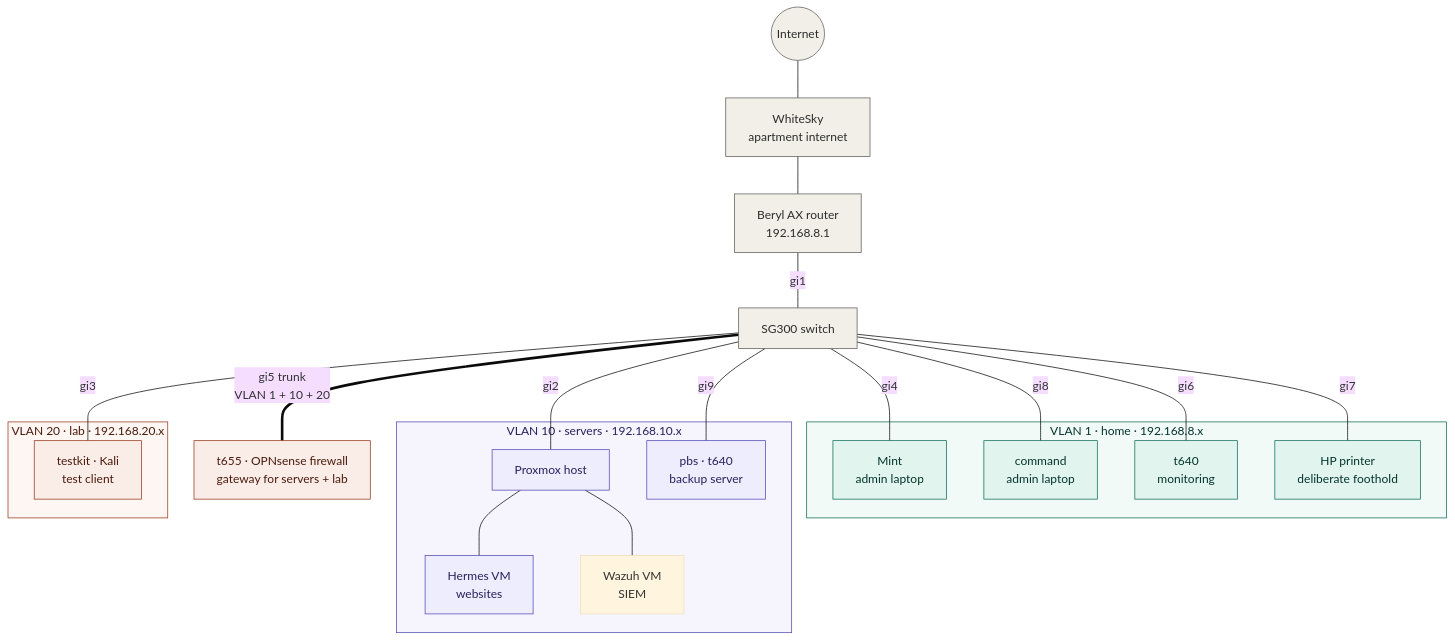
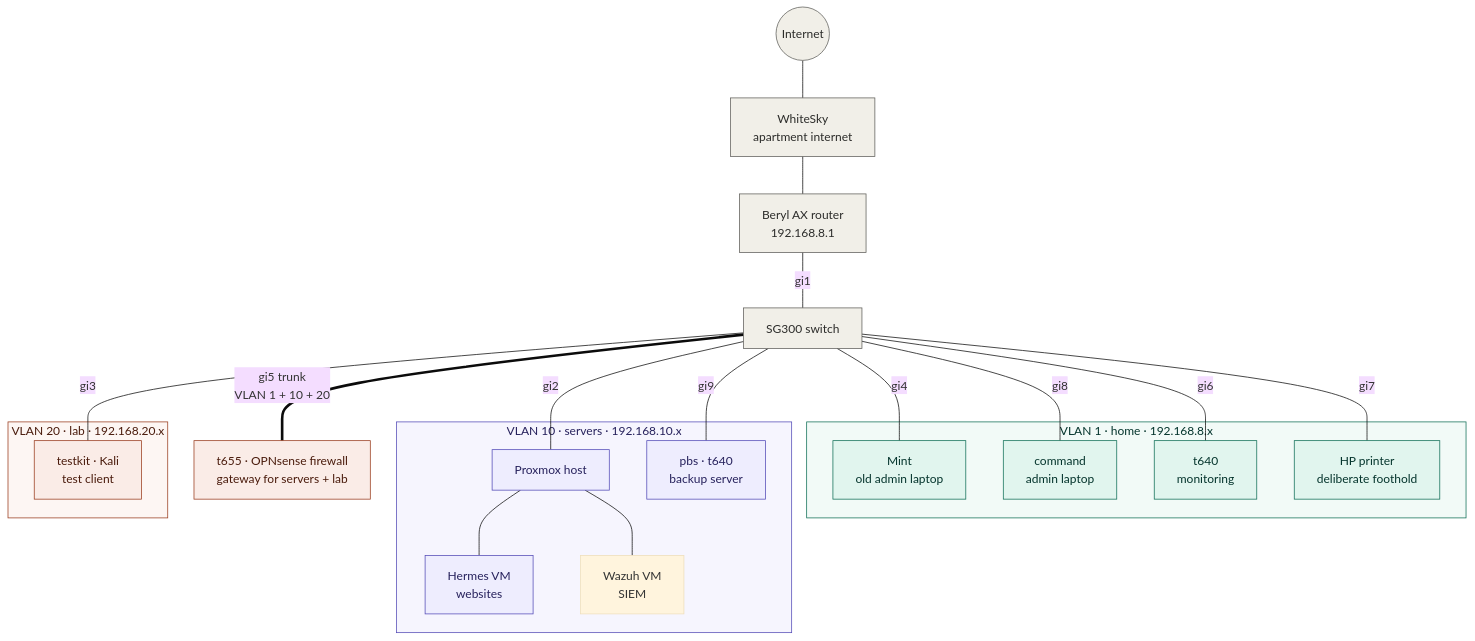
Before and after one commit to gibbsthedev/homelab: the first of 4 diagrams in README.md, drawn with Mermaid (base theme). The commit also changed other lines of this file and 3 other files, not shown here.

````diff
--- a/README.md
+++ b/README.md
@@ -29,52 +29,52 @@
 ```mermaid
 flowchart TB
     internet(("Internet"))
     isp["WhiteSky<br/>apartment internet"]
     beryl["Beryl AX router<br/>192.168.8.1"]
     sw["SG300 switch"]
     fw["t655 · OPNsense firewall<br/>gateway for servers + lab"]
 
     internet --- isp --- beryl
     beryl ---|"gi1"| sw
 
     subgraph v1["VLAN 1 · home · 192.168.8.x"]
-        mint["Mint<br/>admin laptop"]
+        mint["Mint<br/>old admin laptop"]
         cmd["command<br/>admin laptop"]
         mon["t640<br/>monitoring"]
         hp["HP printer<br/>deliberate foothold"]
     end
 
     subgraph v10["VLAN 10 · servers · 192.168.10.x"]
         pve["Proxmox host"]
         hermes["Hermes VM<br/>websites"]
         wz["Wazuh VM<br/>SIEM"]
         pbs["pbs · t640<br/>backup server"]
         pve --- hermes
         pve --- wz
     end
 
     subgraph v20["VLAN 20 · lab · 192.168.20.x"]
         tk["testkit · Kali<br/>test client"]
     end
 
     sw ---|"gi2"| pve
     sw ---|"gi9"| pbs
     sw ---|"gi4"| mint
     sw ---|"gi6"| mon
     sw ---|"gi7"| hp
     sw ---|"gi8"| cmd
     sw ===|"gi5 trunk<br/>VLAN 1 + 10 + 20"| fw
     sw ---|"gi3"| tk
 
     classDef lab fill:#FAECE7,stroke:#993C1D,color:#4A1B0C
     classDef home fill:#E1F5EE,stroke:#0F6E56,color:#04342C
     classDef srv fill:#EEEDFE,stroke:#534AB7,color:#26215C
     classDef edge fill:#F1EFE8,stroke:#5F5E5A,color:#2C2C2A
     class tk,fw lab
     class mint,cmd,mon,hp home
     class pve,hermes,oc,pbs srv
     class internet,isp,beryl,sw edge
     style v20 fill:#FDF6F3,stroke:#993C1D,color:#4A1B0C
     style v1 fill:#F2FAF7,stroke:#0F6E56,color:#04342C
     style v10 fill:#F6F5FE,stroke:#534AB7,color:#26215C
 ```
````
